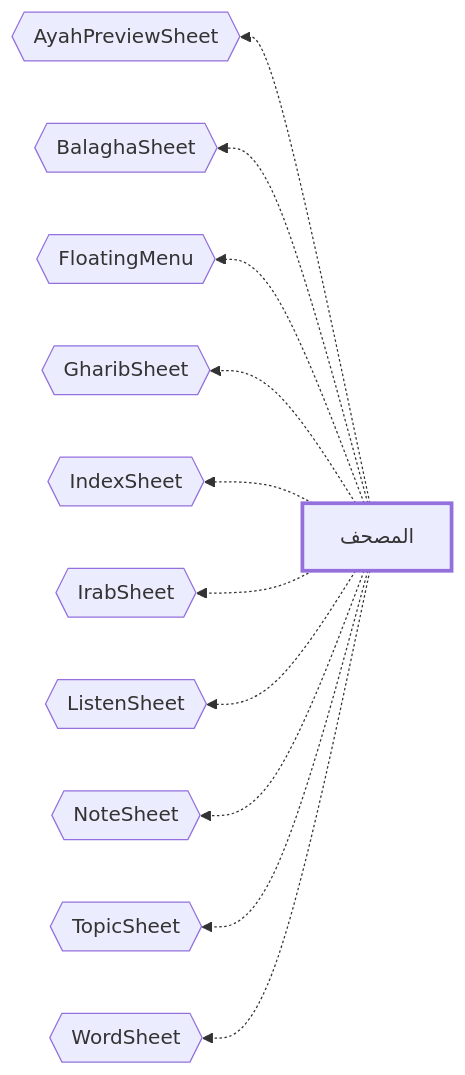
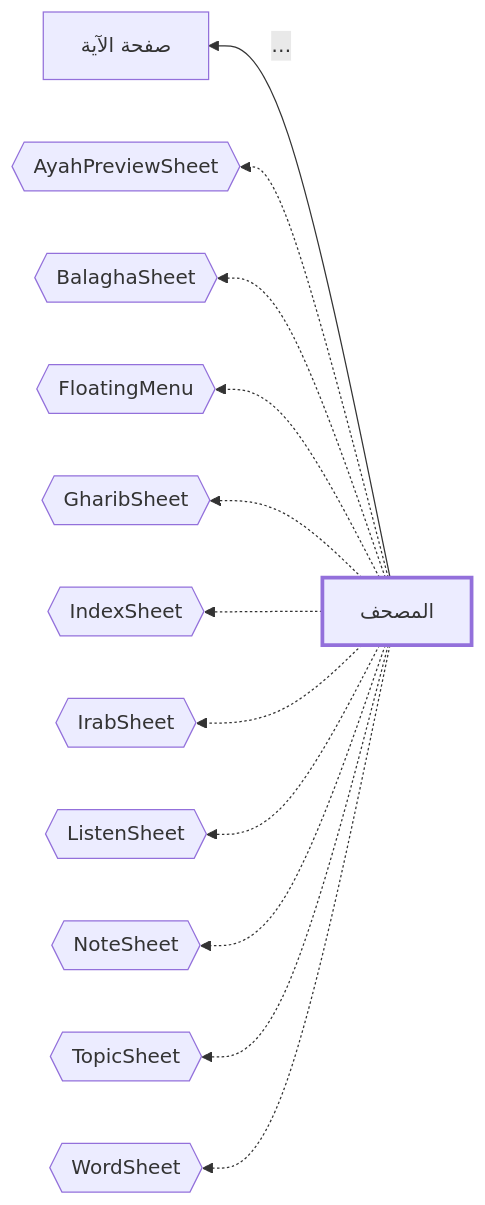
Before and after one commit to msskzx/namaq: the diagram in docs/feature-map/read.md, drawn with Mermaid. The commit also changed other lines of this file and 25 other files, not shown here.

First line of the commit message:
fix(app): open pages in other tabs through toTab, add «صفحة الآية» to the mushaf menu, link a person's Sahih saying to its hadith

````diff
--- a/docs/feature-map/read.md
+++ b/docs/feature-map/read.md
@@ -5,15 +5,16 @@
 ```mermaid
 flowchart RL
   me["المصحف"]
   style me stroke-width:3px
+  me -- "…" --> out0["صفحة الآية"]
   me -.-> sheet0{{"AyahPreviewSheet"}}
   me -.-> sheet1{{"BalaghaSheet"}}
   me -.-> sheet2{{"FloatingMenu"}}
   me -.-> sheet3{{"GharibSheet"}}
   me -.-> sheet4{{"IndexSheet"}}
   me -.-> sheet5{{"IrabSheet"}}
   me -.-> sheet6{{"ListenSheet"}}
   me -.-> sheet7{{"NoteSheet"}}
   me -.-> sheet8{{"TopicSheet"}}
   me -.-> sheet9{{"WordSheet"}}
 ```
````
